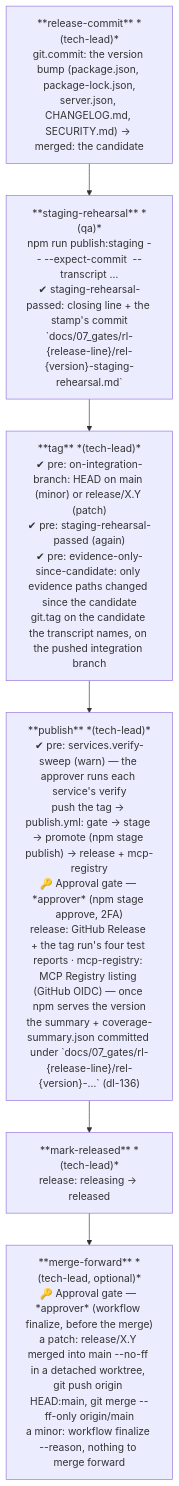
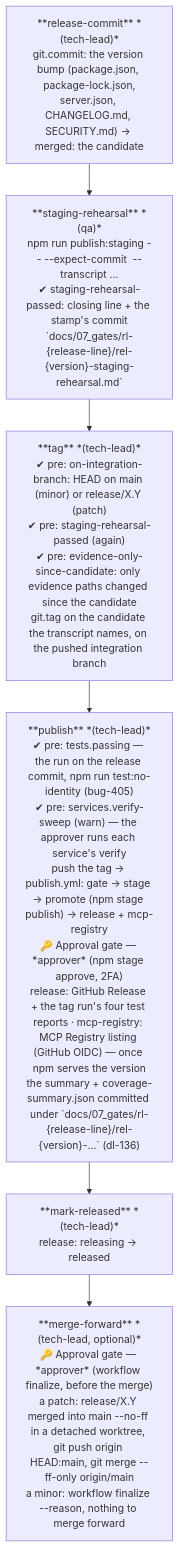
Diagram 15 of 29 in .wingfoil/WORKFLOW.md (wingfoil/wingfoil), drawn with Mermaid before and after one commit. The commit also changed 1 other file, not shown here.

Commit message:
fix(workflow): task-306 — review findings R1, R4
- R1: under `--json`, npm writes its error as JSON on stdout; the last answer now names its code and
  summary (`npm view exit 1: E404: …`) instead of a bare `{`. Classification and exit codes unchanged.
- R4: WORKFLOW.md's `publish` node lists its pre-check `tests.passing`, the run on the release commit
  (bug-405).

AI-Model: claude-opus-5-5

````diff
--- a/.wingfoil/WORKFLOW.md
+++ b/.wingfoil/WORKFLOW.md
@@ -427,11 +427,11 @@
 ```mermaid
 flowchart TD
     RC["**release-commit** *(tech-lead)*\ngit.commit: the version bump (package.json, package-lock.json,\nserver.json, CHANGELOG.md, SECURITY.md) → merged: the candidate"]
     SR["**staging-rehearsal** *(qa)*\nnpm run publish:staging -- --expect-commit <candidate> --transcript …\n✔ staging-rehearsal-passed: closing line + the stamp's commit\n`docs/07_gates/rl-{release-line}/rel-{version}-staging-rehearsal.md`"]
     TG["**tag** *(tech-lead)*\n✔ pre: on-integration-branch: HEAD on main (minor) or release/X.Y (patch)\n✔ pre: staging-rehearsal-passed (again)\n✔ pre: evidence-only-since-candidate: only evidence paths changed since the candidate\ngit.tag on the candidate the transcript names, on the pushed integration branch"]
-    PB["**publish** *(tech-lead)*\n✔ pre: services.verify-sweep (warn) — the approver runs each service's verify\npush the tag → publish.yml: gate → stage → promote (npm stage publish) → release + mcp-registry\n🔑 Approval gate — *approver* (npm stage approve, 2FA)\nrelease: GitHub Release + the tag run's four test reports · mcp-registry: MCP Registry listing (GitHub OIDC) — once npm serves the version\nthe summary + coverage-summary.json committed under `docs/07_gates/rl-{release-line}/rel-{version}-…` (dl-136)"]
+    PB["**publish** *(tech-lead)*\n✔ pre: tests.passing — the run on the release commit, npm run test:no-identity (bug-405)\n✔ pre: services.verify-sweep (warn) — the approver runs each service's verify\npush the tag → publish.yml: gate → stage → promote (npm stage publish) → release + mcp-registry\n🔑 Approval gate — *approver* (npm stage approve, 2FA)\nrelease: GitHub Release + the tag run's four test reports · mcp-registry: MCP Registry listing (GitHub OIDC) — once npm serves the version\nthe summary + coverage-summary.json committed under `docs/07_gates/rl-{release-line}/rel-{version}-…` (dl-136)"]
     MR["**mark-released** *(tech-lead)*\nrelease: releasing → released"]
     MF["**merge-forward** *(tech-lead, optional)*\n🔑 Approval gate — *approver* (workflow finalize, before the merge)\na patch: release/X.Y merged into main --no-ff in a detached worktree, git push origin HEAD:main, git merge --ff-only origin/main\na minor: workflow finalize --reason, nothing to merge forward"]
 
     RC --> SR --> TG --> PB --> MR --> MF
 ```
````
